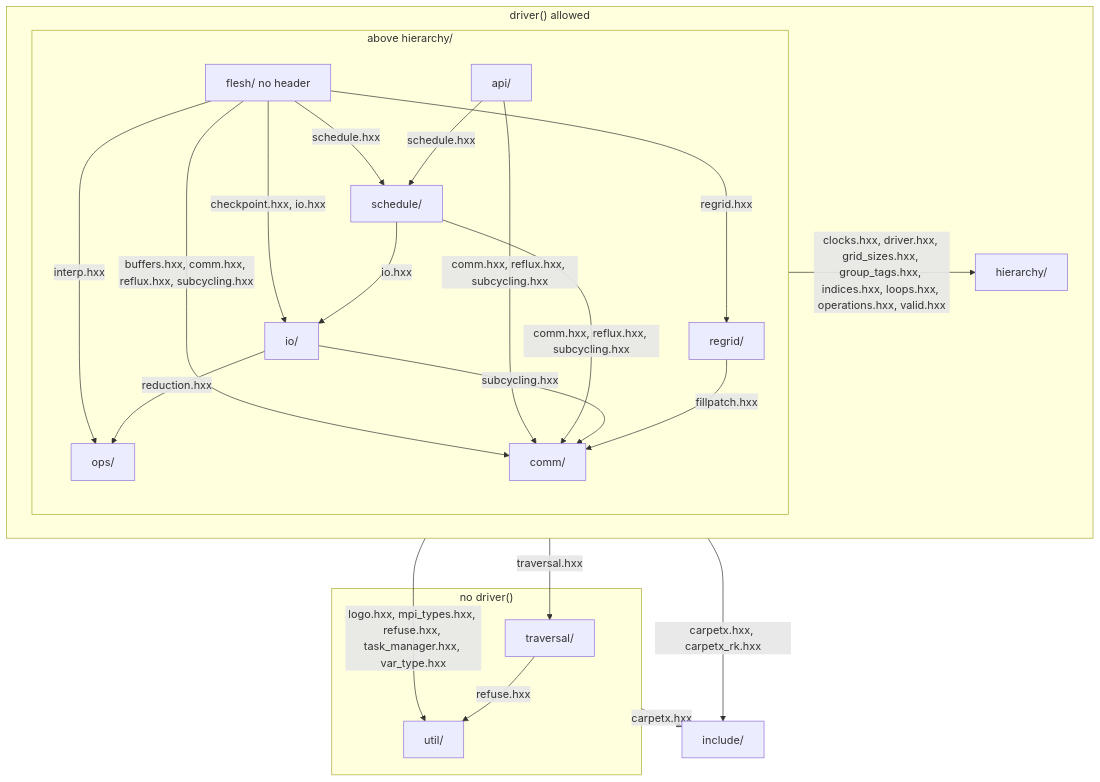
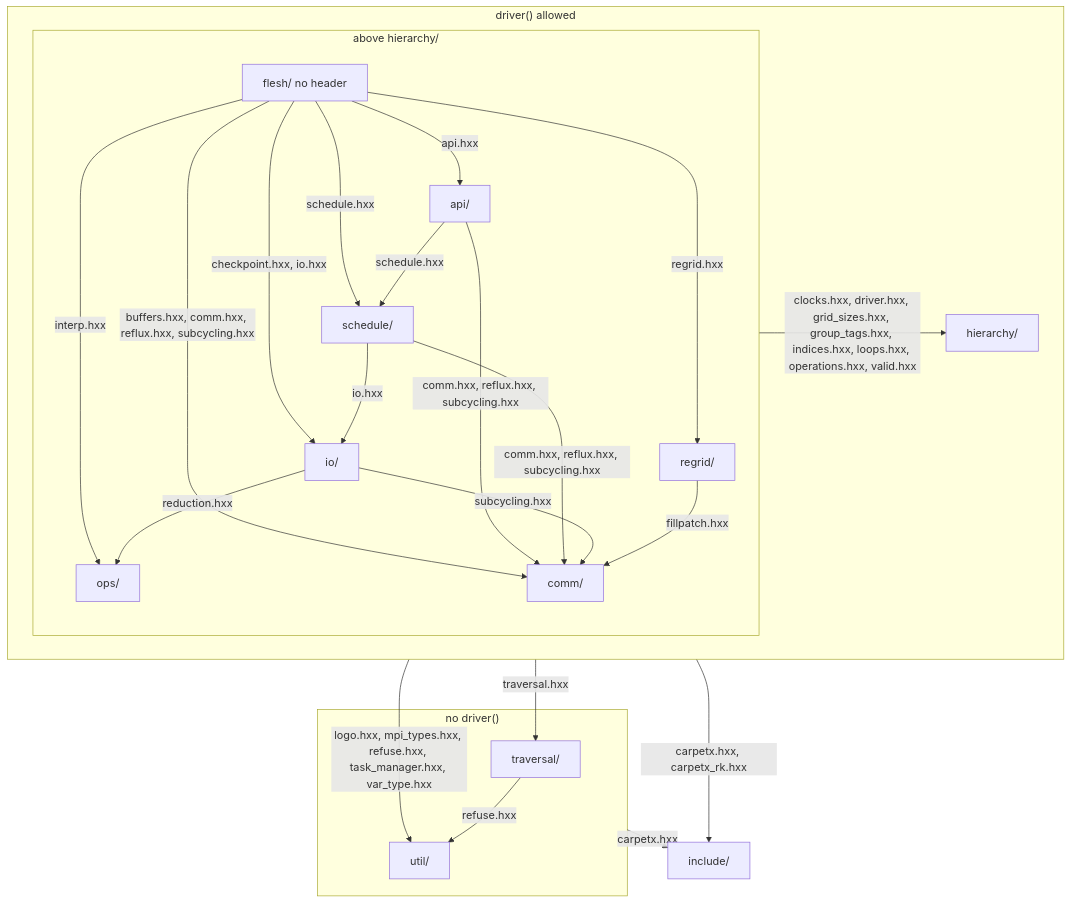
One commit to lwJi/CarpetX changed the first of 3 diagrams in agent_docs/carpetx-internals.md. Above: the diagram before and after it, drawn with Mermaid. The commit also changed other lines of this file and 16 other files, not shown here.

````diff
--- a/agent_docs/carpetx-internals.md
+++ b/agent_docs/carpetx-internals.md
@@ -7,38 +7,39 @@
 ```mermaid
 flowchart TB
   subgraph door["driver() allowed"]
     subgraph above["above hierarchy/"]
       flesh["flesh/ no header"]
       api["api/"]
       schedule["schedule/"]
       io["io/"]
       ops["ops/"]
       regrid["regrid/"]
       comm["comm/"]
     end
     hierarchy["hierarchy/"]
   end
   subgraph nodoor["no driver()"]
     traversal["traversal/"]
     util["util/"]
   end
   include["include/"]
+  flesh -- "api.hxx" --> api
   flesh -- "schedule.hxx" --> schedule
   flesh -- "checkpoint.hxx, io.hxx" --> io
   flesh -- "interp.hxx" --> ops
   flesh -- "regrid.hxx" --> regrid
   flesh -- "buffers.hxx, comm.hxx, reflux.hxx, subcycling.hxx" --> comm
   api -- "schedule.hxx" --> schedule
   api -- "comm.hxx, reflux.hxx, subcycling.hxx" --> comm
   schedule -- "io.hxx" --> io
   schedule -- "comm.hxx, reflux.hxx, subcycling.hxx" --> comm
   io -- "reduction.hxx" --> ops
   io -- "subcycling.hxx" --> comm
   regrid -- "fillpatch.hxx" --> comm
   traversal -- "refuse.hxx" --> util
   above -- "clocks.hxx, driver.hxx, grid_sizes.hxx, group_tags.hxx, indices.hxx, loops.hxx, operations.hxx, valid.hxx" --> hierarchy
   door -- "traversal.hxx" --> traversal
   door -- "logo.hxx, mpi_types.hxx, refuse.hxx, task_manager.hxx, var_type.hxx" --> util
   door -- "carpetx.hxx, carpetx_rk.hxx" --> include
   nodoor -- "carpetx.hxx" --> include
 ```
````
